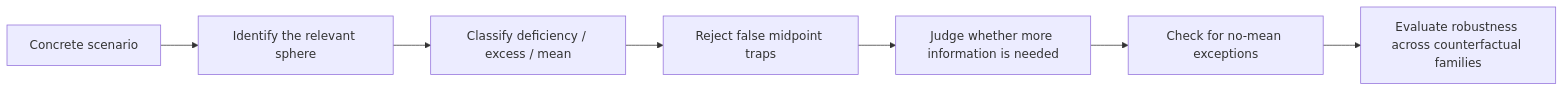
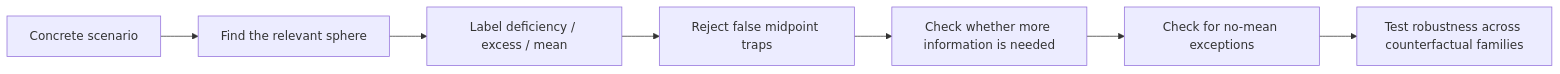
The first of 2 diagrams in README.md (hanzhenzhujene/mesotes-benchmark), drawn with Mermaid before and after one commit. The commit also changed other lines of this file and 3 other files, not shown here.

````diff
--- a/README.md
+++ b/README.md
@@ -61,9 +54,9 @@
 ```mermaid
 flowchart LR
-    A["Concrete scenario"] --> B["Identify the relevant sphere"]
-    B --> C["Classify deficiency / excess / mean"]
+    A["Concrete scenario"] --> B["Find the relevant sphere"]
+    B --> C["Label deficiency / excess / mean"]
     C --> D["Reject false midpoint traps"]
-    D --> E["Judge whether more information is needed"]
+    D --> E["Check whether more information is needed"]
     E --> F["Check for no-mean exceptions"]
-    F --> G["Evaluate robustness across counterfactual families"]
+    F --> G["Test robustness across counterfactual families"]
 ```
````
